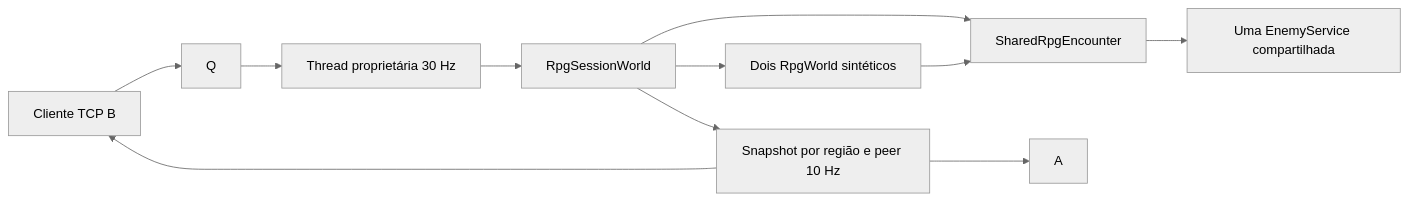
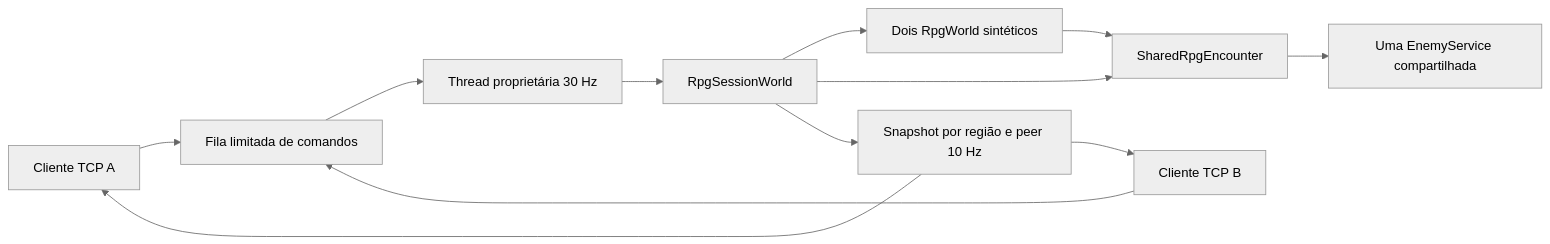
Before and after one commit to LukkaG/Spirit_Gate: the diagram in docs/CORUJAO-V-ARQUITETURA.md, drawn with Mermaid (neutral theme).

````diff
--- a/docs/CORUJAO-V-ARQUITETURA.md
+++ b/docs/CORUJAO-V-ARQUITETURA.md
@@ -5,13 +5,14 @@
 ```mermaid
 flowchart LR
+  A[Cliente TCP A] --> Q[Fila limitada de comandos]
   B[Cliente TCP B] --> Q
   Q --> O[Thread proprietária 30 Hz]
   O --> S[RpgSessionWorld]
   S --> P[Dois RpgWorld sintéticos]
   S --> E[SharedRpgEncounter]
   P --> E
   E --> U[Uma EnemyService compartilhada]
   S --> V[Snapshot por região e peer 10 Hz]
   V --> A
   V --> B
 ```
````
